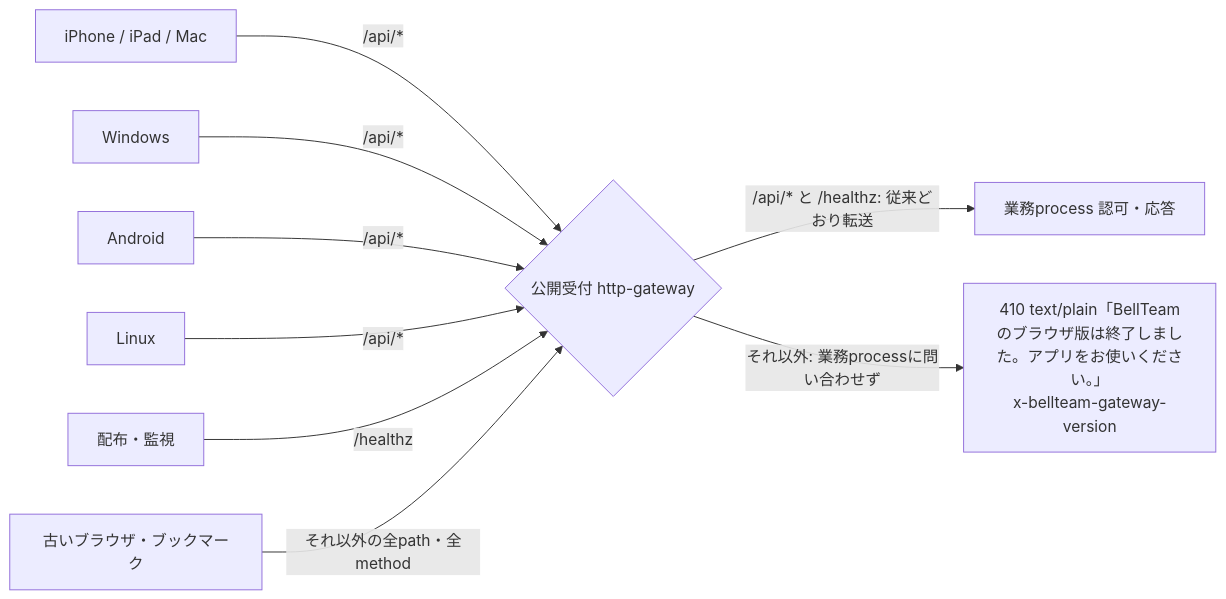
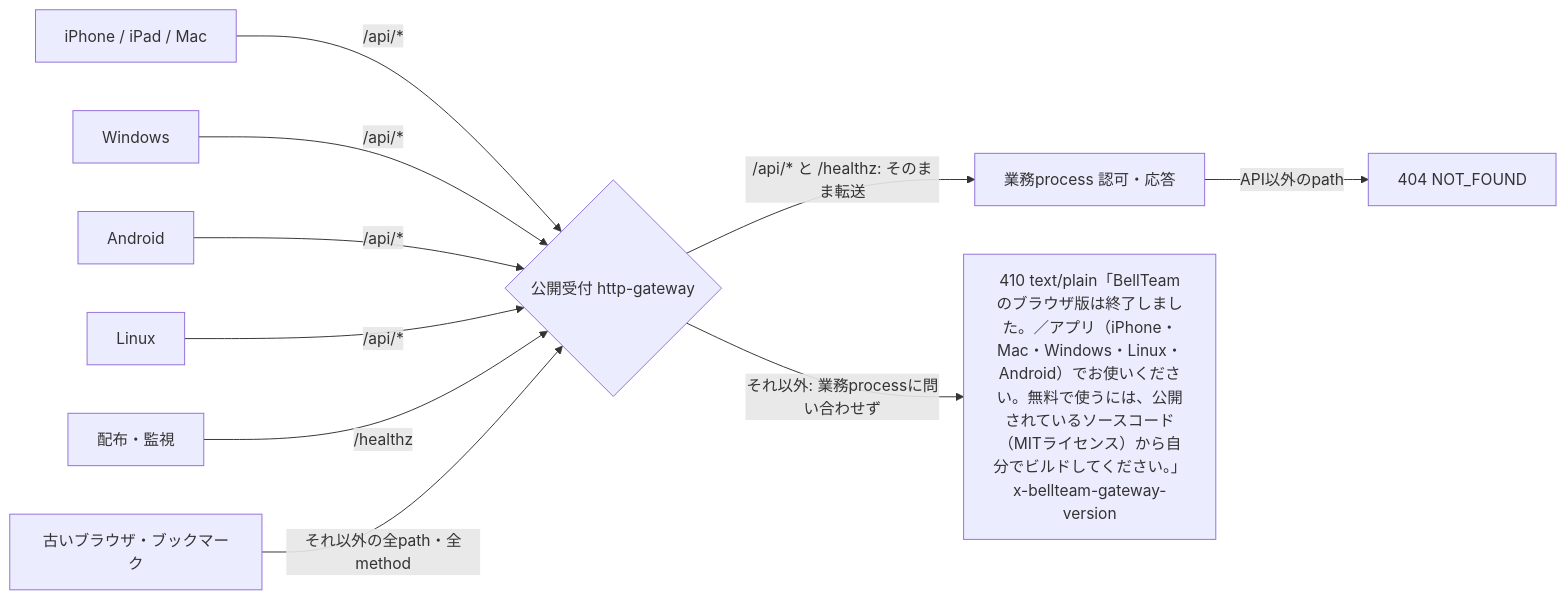
One commit to kitepon/BellTeam changed the second of 2 diagrams in docs/architecture/modules/web/gateway-builtin.md. Above: the diagram before and after it, drawn with Mermaid. The commit also changed other lines of this file and 193 other files, not shown here.

````diff
--- a/docs/architecture/modules/web/gateway-builtin.md
+++ b/docs/architecture/modules/web/gateway-builtin.md
@@ -43,11 +43,12 @@
 ```mermaid
 flowchart LR
   Apple[iPhone / iPad / Mac] -->|/api/*| Gate
   Win[Windows] -->|/api/*| Gate
   And[Android] -->|/api/*| Gate
   Lin[Linux] -->|/api/*| Gate
   Mon[配布・監視] -->|/healthz| Gate
   Old[古いブラウザ・ブックマーク] -->|それ以外の全path・全method| Gate
-  Gate{公開受付 http-gateway} -->|/api/* と /healthz: 従来どおり転送| Biz[業務process 認可・応答]
-  Gate -->|それ以外: 業務processに問い合わせず| Notice[410 text/plain「BellTeamのブラウザ版は終了しました。アプリをお使いください。」<br/>x-bellteam-gateway-version]
+  Gate{公開受付 http-gateway} -->|/api/* と /healthz: そのまま転送| Biz[業務process 認可・応答]
+  Gate -->|それ以外: 業務processに問い合わせず| Notice[410 text/plain「BellTeamのブラウザ版は終了しました。／アプリ（iPhone・Mac・Windows・Linux・Android）でお使いください。無料で使うには、公開されているソースコード（MITライセンス）から自分でビルドしてください。」<br/>x-bellteam-gateway-version]
+  Biz -->|API以外のpath| NotFound[404 NOT_FOUND]
 ```
````
